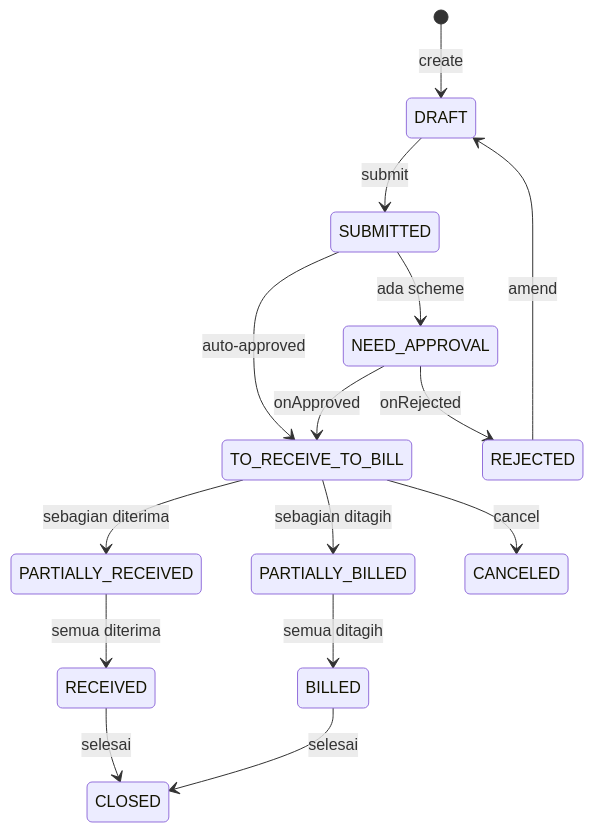
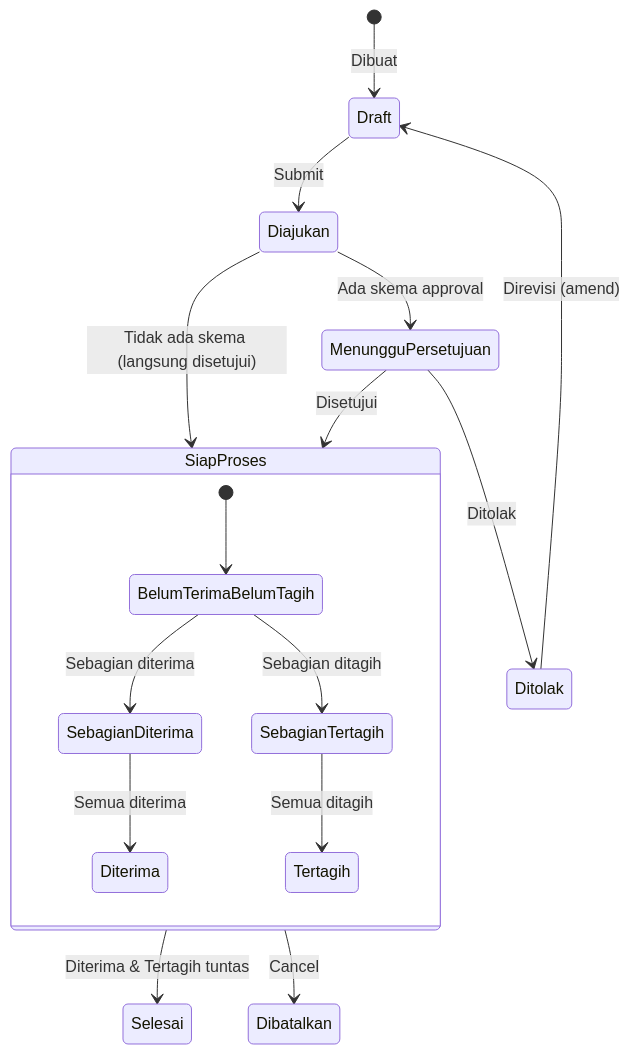
Before and after one commit to RimbunCode/erp_pataya: the third of 7 diagrams in docs/modules/purchase.md, drawn with Mermaid. The commit also changed other lines of this file and 14 other files, not shown here.

````diff
--- a/docs/modules/purchase.md
+++ b/docs/modules/purchase.md
@@ -185,17 +153,21 @@
 ```mermaid
 stateDiagram-v2
-    [*] --> DRAFT: create
-    DRAFT --> SUBMITTED: submit
-    SUBMITTED --> NEED_APPROVAL: ada scheme
-    SUBMITTED --> TO_RECEIVE_TO_BILL: auto-approved
-    NEED_APPROVAL --> TO_RECEIVE_TO_BILL: onApproved
-    NEED_APPROVAL --> REJECTED: onRejected
-    REJECTED --> DRAFT: amend
-    TO_RECEIVE_TO_BILL --> PARTIALLY_RECEIVED: sebagian diterima
-    PARTIALLY_RECEIVED --> RECEIVED: semua diterima
-    TO_RECEIVE_TO_BILL --> PARTIALLY_BILLED: sebagian ditagih
-    PARTIALLY_BILLED --> BILLED: semua ditagih
-    RECEIVED --> CLOSED: selesai
-    BILLED --> CLOSED: selesai
-    TO_RECEIVE_TO_BILL --> CANCELED: cancel
+    [*] --> Draft: Dibuat
+    Draft --> Diajukan: Submit
+    Diajukan --> MenungguPersetujuan: Ada skema approval
+    Diajukan --> SiapProses: Tidak ada skema (langsung disetujui)
+    MenungguPersetujuan --> SiapProses: Disetujui
+    MenungguPersetujuan --> Ditolak: Ditolak
+    Ditolak --> Draft: Direvisi (amend)
+
+    state SiapProses {
+        [*] --> BelumTerimaBelumTagih
+        BelumTerimaBelumTagih --> SebagianDiterima: Sebagian diterima
+        SebagianDiterima --> Diterima: Semua diterima
+        BelumTerimaBelumTagih --> SebagianTertagih: Sebagian ditagih
+        SebagianTertagih --> Tertagih: Semua ditagih
+    }
+
+    SiapProses --> Selesai: Diterima & Tertagih tuntas
+    SiapProses --> Dibatalkan: Cancel
 ```
````
